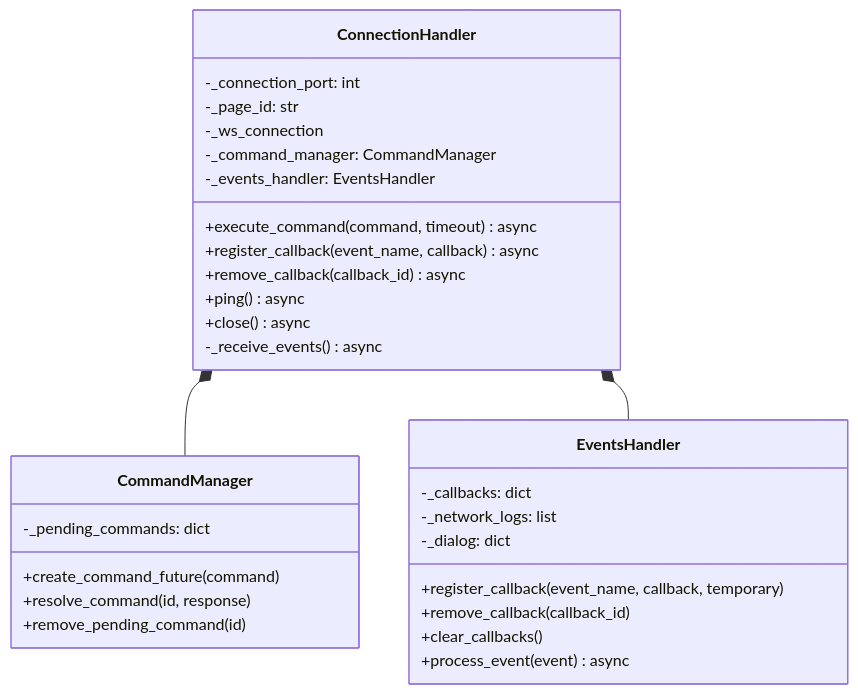
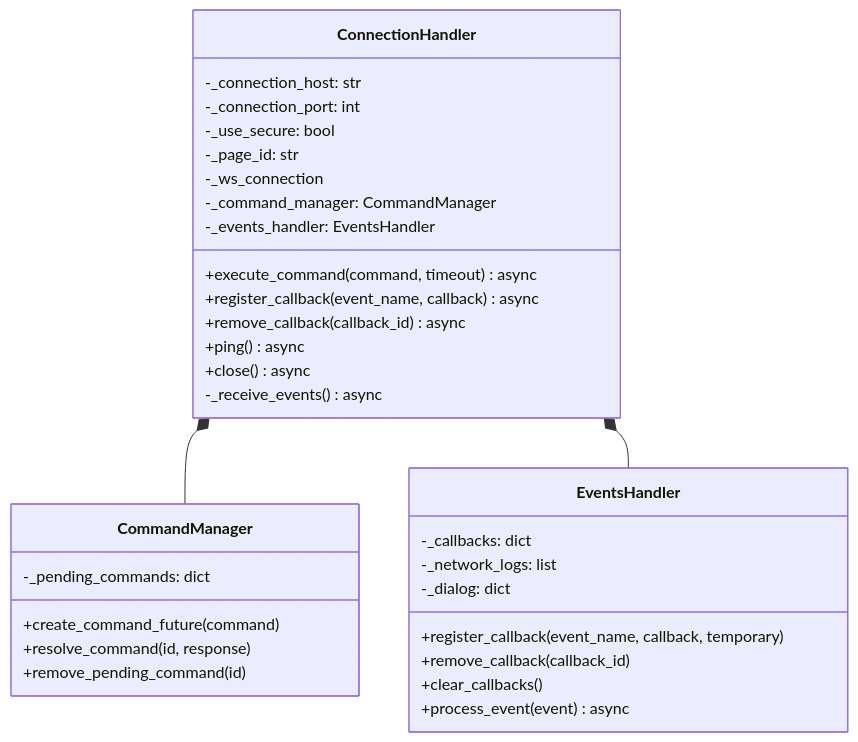
The third of 5 diagrams in docs/en/deep-dive/fundamentals/connection-layer.md (autoscrape-labs/pydoll), drawn with Mermaid before and after one commit. The commit also changed other lines of this file and 4 other files, not shown here.

Commit message:
docs(en): update docs to add `connection_host` and `use_secure`

````diff
--- a/docs/en/deep-dive/fundamentals/connection-layer.md
+++ b/docs/en/deep-dive/fundamentals/connection-layer.md
@@ -148,36 +156,38 @@
 ```mermaid
 classDiagram
     class ConnectionHandler {
+        -_connection_host: str
         -_connection_port: int
+        -_use_secure: bool
         -_page_id: str
         -_ws_connection
         -_command_manager: CommandManager
         -_events_handler: EventsHandler
         +execute_command(command, timeout) async
         +register_callback(event_name, callback) async
         +remove_callback(callback_id) async
         +ping() async
         +close() async
         -_receive_events() async
     }
 
     class CommandManager {
         -_pending_commands: dict
         +create_command_future(command)
         +resolve_command(id, response)
         +remove_pending_command(id)
     }
 
     class EventsHandler {
         -_callbacks: dict
         -_network_logs: list
         -_dialog: dict
         +register_callback(event_name, callback, temporary)
         +remove_callback(callback_id)
         +clear_callbacks()
         +process_event(event) async
     }
 
     ConnectionHandler *-- CommandManager
     ConnectionHandler *-- EventsHandler
 ```
````
